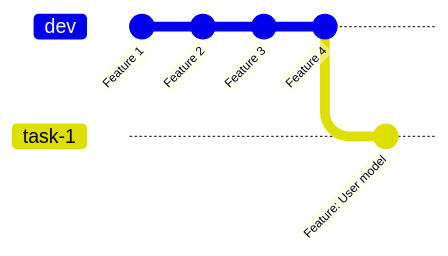
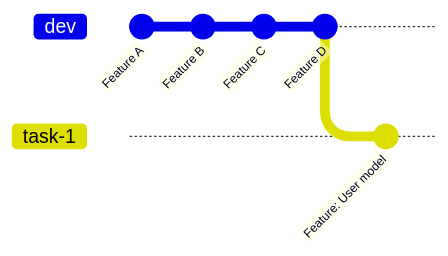
One commit to manuelmhtr/software-development changed the sixth of 6 diagrams in development/git-flow-v2.md. Above: the diagram before and after it, drawn with Mermaid. The commit also changed other lines of this file, not shown here.

````diff
--- a/development/git-flow-v2.md
+++ b/development/git-flow-v2.md
@@ -219,10 +263,10 @@
 ```mermaid
 %%{init: { 'gitGraph': { 'mainBranchName': 'dev' } } }%%
 gitGraph
-  commit id: "Feature 1"
-  commit id: "Feature 2"
-  commit id: "Feature 3"
-  commit id: "Feature 4"
+  commit id: "Feature A"
+  commit id: "Feature B"
+  commit id: "Feature C"
+  commit id: "Feature D"
   branch task-1
   commit id: "Feature: User model"
 ```
````
